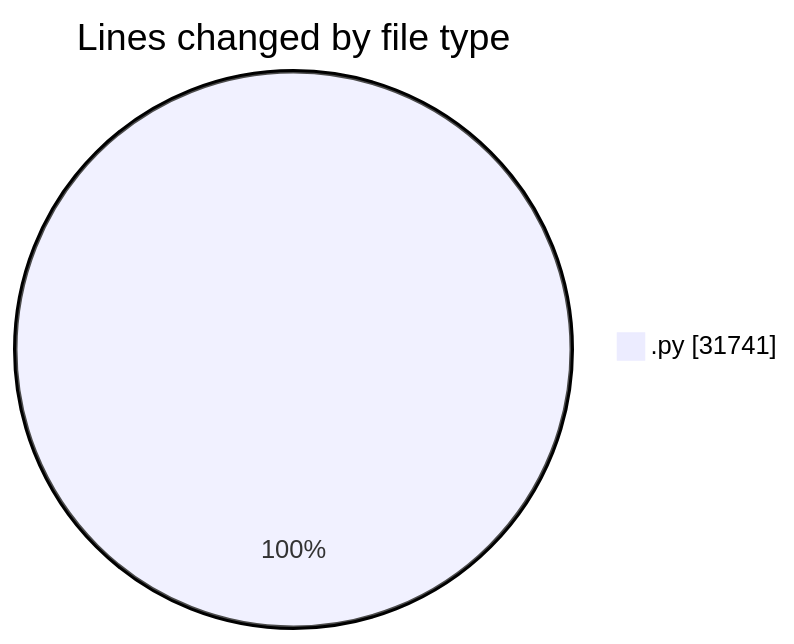
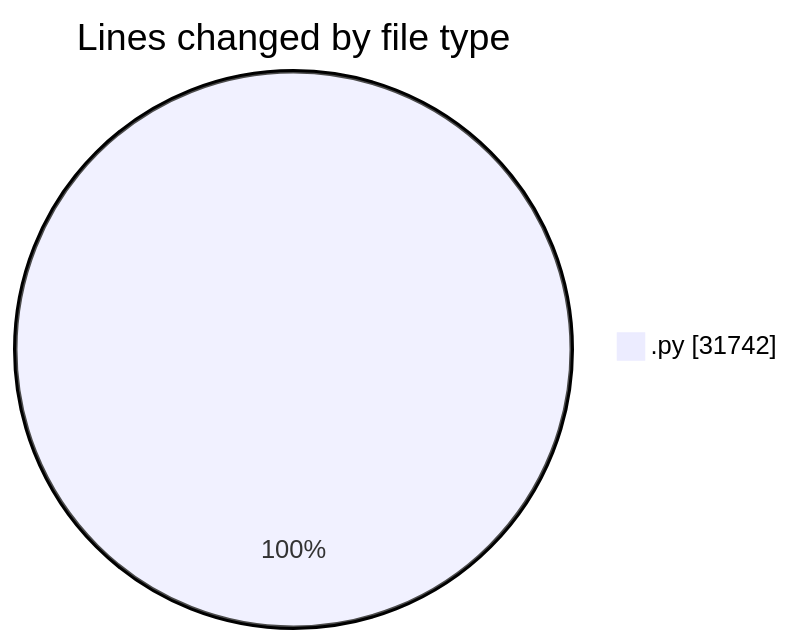
The first of 2 diagrams in 2025-11-14/eventscop-api-guide__workspace_/README.md (julien-gomy/code-tracking), drawn with Mermaid before and after one commit. The commit also changed other lines of this file and 1 other file, not shown here.

````diff
--- a/2025-11-14/eventscop-api-guide__workspace_/README.md
+++ b/2025-11-14/eventscop-api-guide__workspace_/README.md
@@ -28,5 +28,5 @@
 ```mermaid
 pie showData
 title Lines changed by file type
-".py" : 31741
+".py" : 31742
 ```
````
